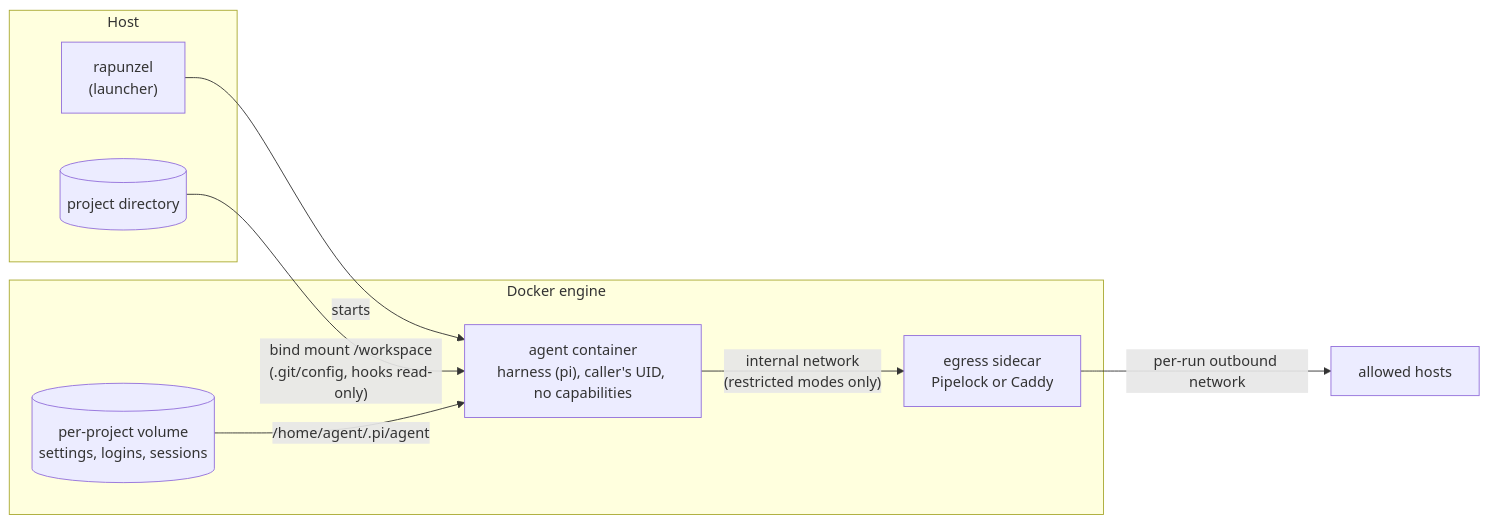
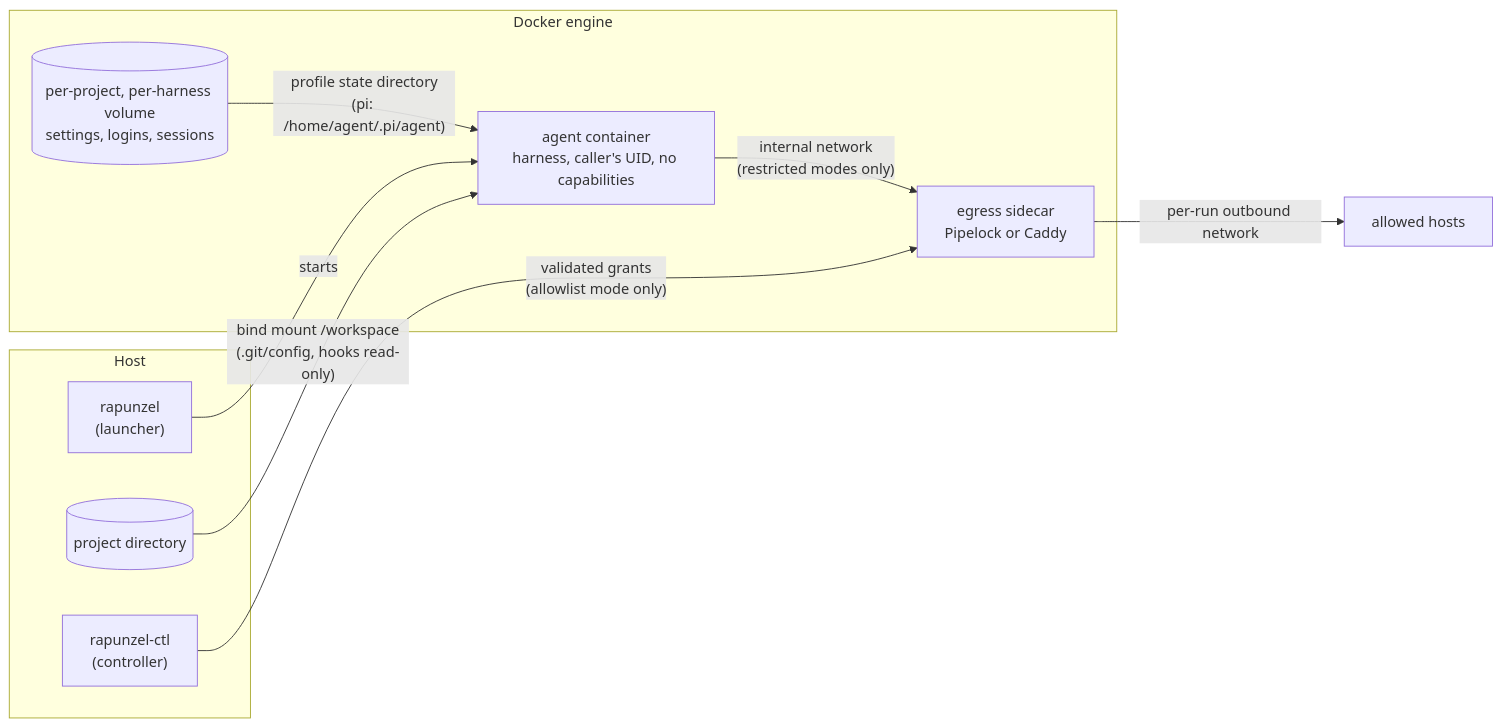
The diagram in docs/architecture.md (koopycat/rapunzel), drawn with Mermaid before and after one commit. The commit also changed other lines of this file and 1 other file, not shown here.

Commit message:
docs(architecture): bring the architecture doc up to date and add an overview page

````diff
--- a/docs/architecture.md
+++ b/docs/architecture.md
@@ -62,17 +63,19 @@
 ```mermaid
 flowchart LR
   subgraph host["Host"]
     user["rapunzel<br/>(launcher)"]
     project[("project directory")]
+    ctl["rapunzel-ctl<br/>(controller)"]
   end
   subgraph docker["Docker engine"]
-    agent["agent container<br/>harness (pi), caller's UID, no capabilities"]
-    volume[("per-project volume<br/>settings, logins, sessions")]
+    agent["agent container<br/>harness, caller's UID, no capabilities"]
+    volume[("per-project, per-harness volume<br/>settings, logins, sessions")]
     sidecar["egress sidecar<br/>Pipelock or Caddy"]
   end
   user -->|starts| agent
   project -->|"bind mount /workspace<br/>(.git/config, hooks read-only)"| agent
-  volume -->|"/home/agent/.pi/agent"| agent
+  volume -->|"profile state directory<br/>(pi: /home/agent/.pi/agent)"| agent
   agent -->|"internal network<br/>(restricted modes only)"| sidecar
+  ctl -->|"validated grants<br/>(allowlist mode only)"| sidecar
   sidecar -->|"per-run outbound network"| internet["allowed hosts"]
 ```
````
